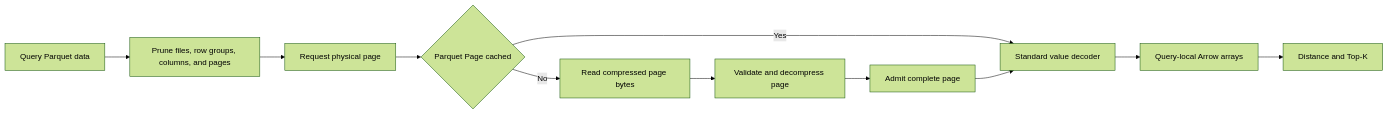
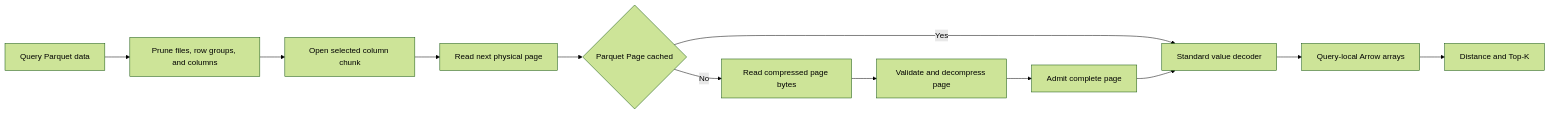
One commit to parqdb-io/parqdb changed the diagram in docs/rfcs/20260808-parquet-page-cache.md. Above: the diagram before and after it, drawn with Mermaid (forest theme). The commit also changed other lines of this file, not shown here.

Commit message:
docs(rfc): align page cache with StarRocks

````diff
--- a/docs/rfcs/20260808-parquet-page-cache.md
+++ b/docs/rfcs/20260808-parquet-page-cache.md
@@ -51,13 +52,14 @@
 ```mermaid
 flowchart LR
-    query[Query Parquet data] --> prune[Prune files, row groups, columns, and pages]
-    prune --> page[Request physical page]
+    query[Query Parquet data] --> prune[Prune files, row groups, and columns]
+    prune --> chunk[Open selected column chunk]
+    chunk --> page[Read next physical page]
     page --> lookup{Parquet Page cached}
     lookup -->|Yes| decode[Standard value decoder]
     lookup -->|No| read[Read compressed page bytes]
     read --> unpack[Validate and decompress page]
     unpack --> admit[Admit complete page]
     admit --> decode
     decode --> arrays[Query-local Arrow arrays]
     arrays --> search[Distance and Top-K]
 ```
````
